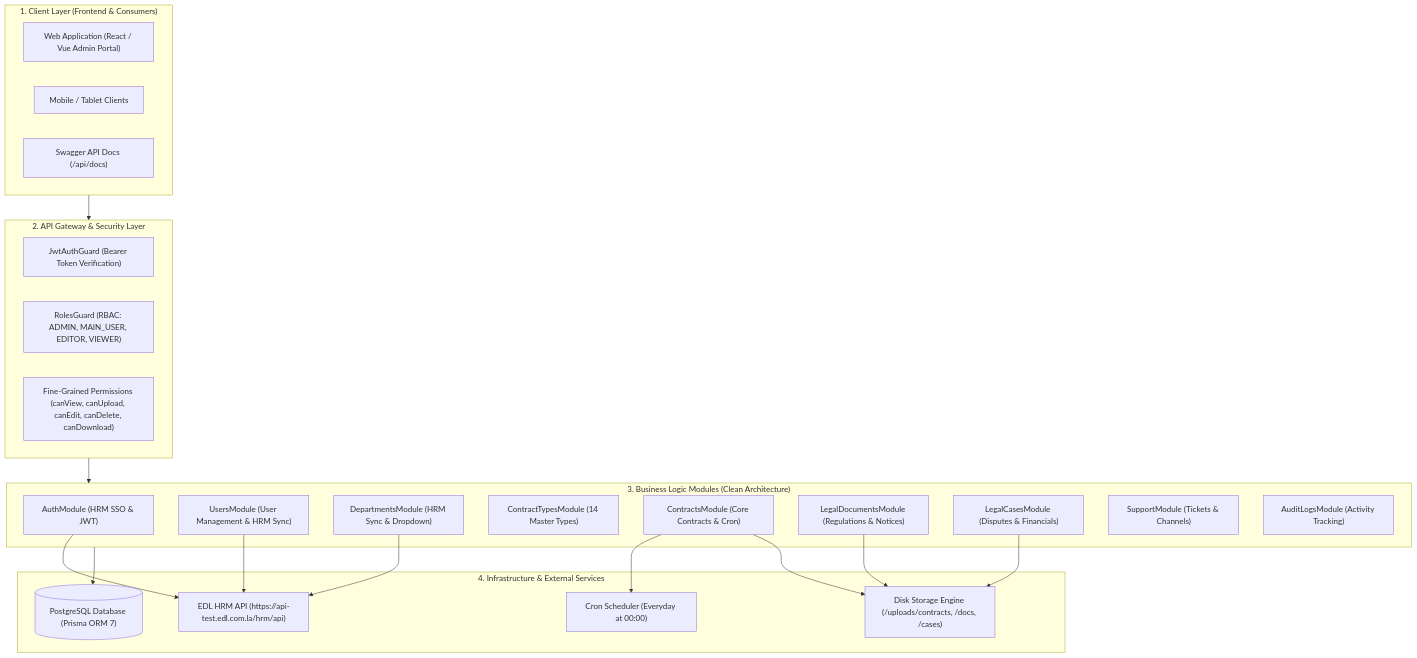
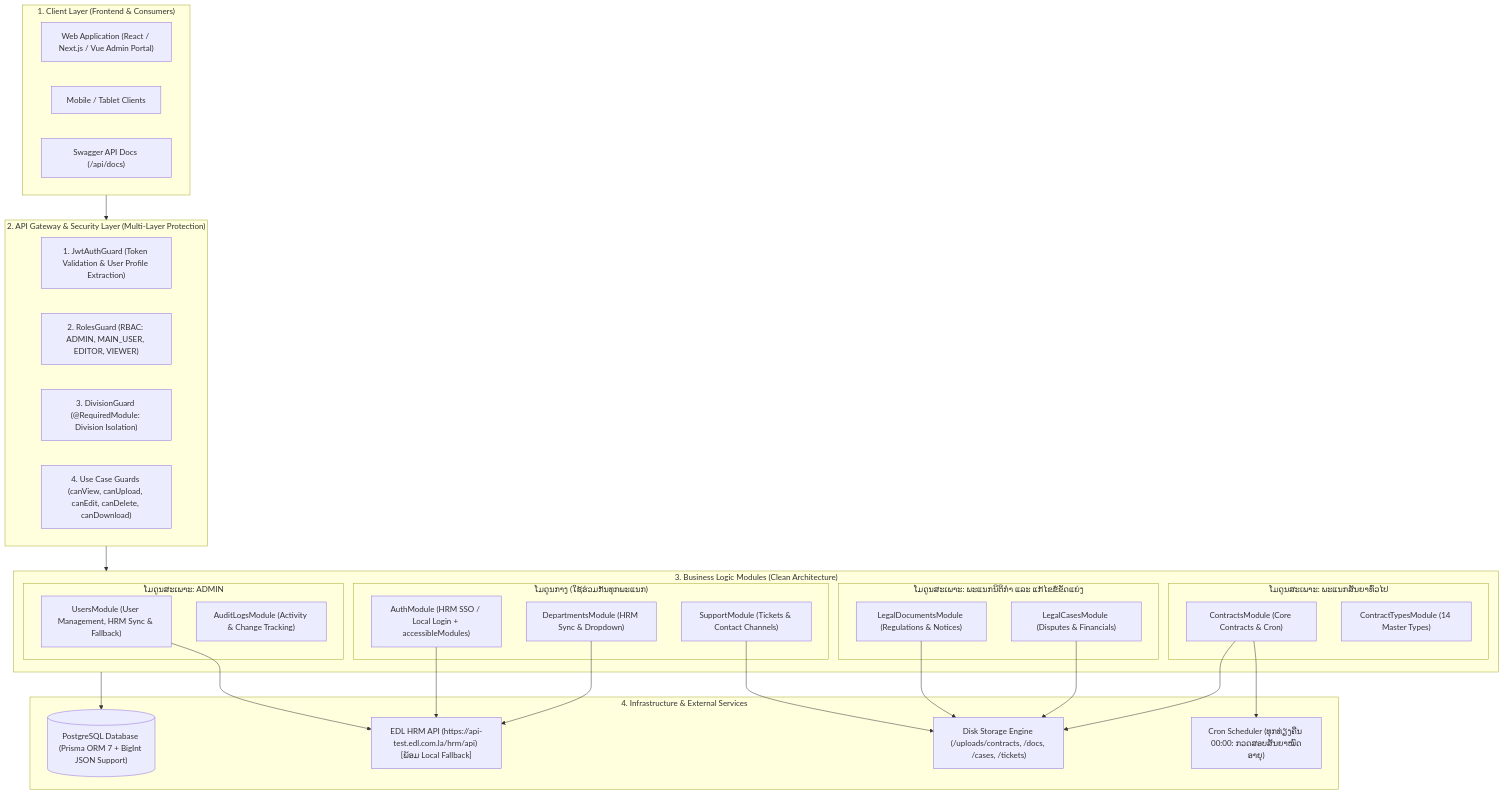
The first of 9 diagrams in SYSTEM_FLOW_AND_MODULES.md (SamMie341/legal-contract-backend), drawn with Mermaid before and after one commit. The commit also changed other lines of this file and 100 other files, not shown here.

````diff
--- a/SYSTEM_FLOW_AND_MODULES.md
+++ b/SYSTEM_FLOW_AND_MODULES.md
@@ -19,44 +32,57 @@
 ```mermaid
 graph TD
     subgraph ClientLayer["1. Client Layer (Frontend & Consumers)"]
-        WebAdmin["Web Application (React / Vue Admin Portal)"]
+        WebAdmin["Web Application (React / Next.js / Vue Admin Portal)"]
         MobileApp["Mobile / Tablet Clients"]
         SwaggerUI["Swagger API Docs (/api/docs)"]
     end
 
-    subgraph GatewayLayer["2. API Gateway & Security Layer"]
-        JwtGuard["JwtAuthGuard (Bearer Token Verification)"]
-        RolesGuard["RolesGuard (RBAC: ADMIN, MAIN_USER, EDITOR, VIEWER)"]
-        FineGrained["Fine-Grained Permissions (canView, canUpload, canEdit, canDelete, canDownload)"]
+    subgraph GatewayLayer["2. API Gateway & Security Layer (Multi-Layer Protection)"]
+        JwtGuard["1. JwtAuthGuard (Token Validation & User Profile Extraction)"]
+        RolesGuard["2. RolesGuard (RBAC: ADMIN, MAIN_USER, EDITOR, VIEWER)"]
+        DivisionGuard["3. DivisionGuard (@RequiredModule: Division Isolation)"]
+        FineGrained["4. Use Case Guards (canView, canUpload, canEdit, canDelete, canDownload)"]
     end
 
     subgraph CoreModules["3. Business Logic Modules (Clean Architecture)"]
-        M_Auth["AuthModule (HRM SSO & JWT)"]
-        M_Users["UsersModule (User Management & HRM Sync)"]
-        M_Depts["DepartmentsModule (HRM Sync & Dropdown)"]
-        M_CTypes["ContractTypesModule (14 Master Types)"]
-        M_Contracts["ContractsModule (Core Contracts & Cron)"]
-        M_Docs["LegalDocumentsModule (Regulations & Notices)"]
-        M_Cases["LegalCasesModule (Disputes & Financials)"]
-        M_Support["SupportModule (Tickets & Channels)"]
-        M_Audit["AuditLogsModule (Activity Tracking)"]
+        subgraph DivContracts["ໂມດູນສະເພາະ: ພະແນກສັນຍາທົ່ວໄປ"]
+            M_Contracts["ContractsModule (Core Contracts & Cron)"]
+            M_CTypes["ContractTypesModule (14 Master Types)"]
+        end
+
+        subgraph DivLegal["ໂມດູນສະເພາະ: ພະແນກນິຕິກຳ ແລະ ແກ້ໄຂຂໍ້ຂັດແຍ່ງ"]
+            M_Docs["LegalDocumentsModule (Regulations & Notices)"]
+            M_Cases["LegalCasesModule (Disputes & Financials)"]
+        end
+
+        subgraph DivCommon["ໂມດູນກາງ (ໃຊ້ຮ່ວມກັນທຸກພະແນກ)"]
+            M_Auth["AuthModule (HRM SSO / Local Login + accessibleModules)"]
+            M_Depts["DepartmentsModule (HRM Sync & Dropdown)"]
+            M_Support["SupportModule (Tickets & Contact Channels)"]
+        end
+
+        subgraph DivAdmin["ໂມດູນສະເພາະ: ADMIN"]
+            M_Users["UsersModule (User Management, HRM Sync & Fallback)"]
+            M_Audit["AuditLogsModule (Activity & Change Tracking)"]
+        end
     end
 
     subgraph InfraLayer["4. Infrastructure & External Services"]
-        HRM_API["EDL HRM API (https://api-test.edl.com.la/hrm/api)"]
-        CronService["Cron Scheduler (Everyday at 00:00)"]
-        StorageEngine["Disk Storage Engine (/uploads/contracts, /docs, /cases)"]
-        PostgresDB[("PostgreSQL Database (Prisma ORM 7)")]
+        HRM_API["EDL HRM API (https://api-test.edl.com.la/hrm/api) [ພ້ອມ Local Fallback]"]
+        CronService["Cron Scheduler (ທຸກທ່ຽງຄືນ 00:00: ກວດສອບສັນຍາໝົດອາຍຸ)"]
+        StorageEngine["Disk Storage Engine (/uploads/contracts, /docs, /cases, /tickets)"]
+        PostgresDB[("PostgreSQL Database (Prisma ORM 7 + BigInt JSON Support)")]
     end
 
     ClientLayer --> GatewayLayer
     GatewayLayer --> CoreModules
     M_Auth --> HRM_API
     M_Users --> HRM_API
     M_Depts --> HRM_API
     M_Contracts --> CronService
     M_Contracts --> StorageEngine
     M_Docs --> StorageEngine
     M_Cases --> StorageEngine
+    M_Support --> StorageEngine
     CoreModules --> PostgresDB
 ```
````
